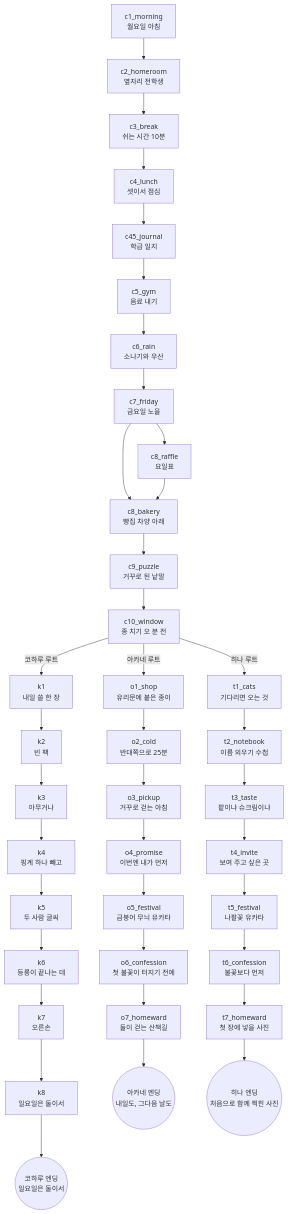
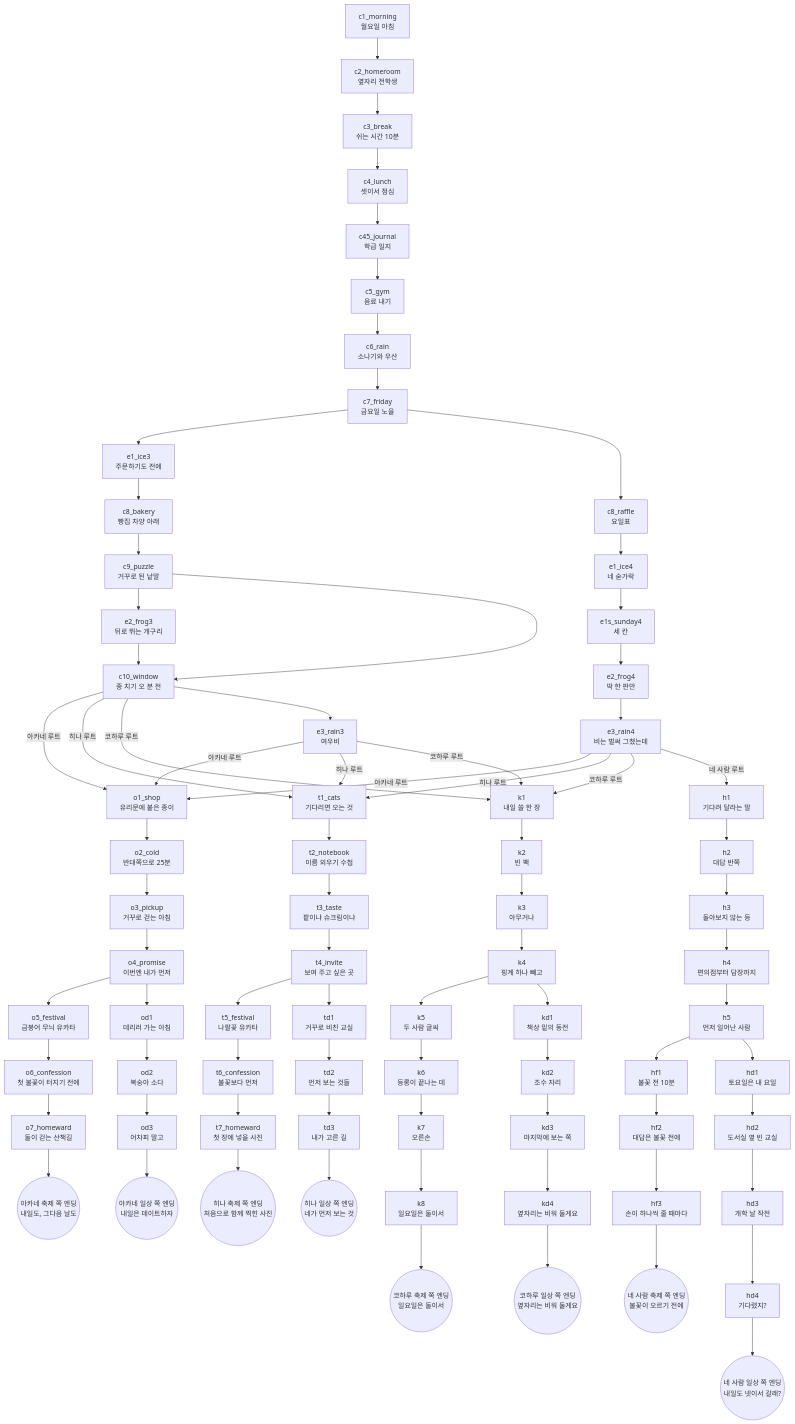
The diagram in docs/SCRIPT.md (dlehdrjs00/2), drawn with Mermaid before and after one commit. The commit also changed other lines of this file and 7 other files, not shown here.

````diff
--- a/docs/SCRIPT.md
+++ b/docs/SCRIPT.md
@@ -25,9 +25,16 @@
   c6_rain["c6_rain<br/>소나기와 우산"]
   c7_friday["c7_friday<br/>금요일 노을"]
   c8_raffle["c8_raffle<br/>요일표"]
+  e1_ice4["e1_ice4<br/>네 숟가락"]
+  e1_ice3["e1_ice3<br/>주문하기도 전에"]
   c8_bakery["c8_bakery<br/>빵집 차양 아래"]
+  e1s_sunday4["e1s_sunday4<br/>세 칸"]
   c9_puzzle["c9_puzzle<br/>거꾸로 된 낱말"]
+  e2_frog4["e2_frog4<br/>딱 한 판만"]
+  e2_frog3["e2_frog3<br/>뒤로 뛰는 개구리"]
   c10_window["c10_window<br/>종 치기 오 분 전"]
+  e3_rain4["e3_rain4<br/>비는 벌써 그쳤는데"]
+  e3_rain3["e3_rain3<br/>여우비"]
   o1_shop["o1_shop<br/>유리문에 붙은 종이"]
   o2_cold["o2_cold<br/>반대쪽으로 25분"]
   o3_pickup["o3_pickup<br/>거꾸로 걷는 아침"]
@@ -35,6 +42,9 @@
   o5_festival["o5_festival<br/>금붕어 무늬 유카타"]
   o6_confession["o6_confession<br/>첫 불꽃이 터지기 전에"]
   o7_homeward["o7_homeward<br/>둘이 걷는 산책길"]
+  od1["od1<br/>데리러 가는 아침"]
+  od2["od2<br/>복숭아 소다"]
+  od3["od3<br/>어차피 말고"]
   t1_cats["t1_cats<br/>기다리면 오는 것"]
   t2_notebook["t2_notebook<br/>이름 외우기 수첩"]
   t3_taste["t3_taste<br/>팥이냐 슈크림이냐"]
@@ -42,6 +52,9 @@
   t5_festival["t5_festival<br/>나팔꽃 유카타"]
   t6_confession["t6_confession<br/>불꽃보다 먼저"]
   t7_homeward["t7_homeward<br/>첫 장에 넣을 사진"]
+  td1["td1<br/>거꾸로 비친 교실"]
+  td2["td2<br/>먼저 보는 것들"]
+  td3["td3<br/>내가 고른 길"]
   k1["k1<br/>내일 쓸 한 장"]
   k2["k2<br/>빈 팩"]
   k3["k3<br/>아무거나"]
@@ -50,6 +63,22 @@
   k6["k6<br/>등롱이 끝나는 데"]
   k7["k7<br/>오른손"]
   k8["k8<br/>일요일은 둘이서"]
+  kd1["kd1<br/>책상 밑의 동전"]
+  kd2["kd2<br/>조수 자리"]
+  kd3["kd3<br/>마지막에 보는 쪽"]
+  kd4["kd4<br/>옆자리는 비워 둘게요"]
+  h1["h1<br/>기다려 달라는 말"]
+  h2["h2<br/>대답 반쪽"]
+  h3["h3<br/>돌아보지 않는 등"]
+  h4["h4<br/>편의점부터 담장까지"]
+  h5["h5<br/>먼저 일어난 사람"]
+  hf1["hf1<br/>불꽃 전 10분"]
+  hf2["hf2<br/>대답은 불꽃 전에"]
+  hf3["hf3<br/>손이 하나씩 줄 때마다"]
+  hd1["hd1<br/>토요일은 내 요일"]
+  hd2["hd2<br/>도서실 옆 빈 교실"]
+  hd3["hd3<br/>개학 날 작전"]
+  hd4["hd4<br/>기다렸지?"]
   c1_morning --> c2_homeroom
   c2_homeroom --> c3_break
   c3_break --> c4_lunch
@@ -57,34 +86,74 @@
   c45_journal --> c5_gym
   c5_gym --> c6_rain
   c6_rain --> c7_friday
-  c7_friday --> c8_bakery
+  c7_friday --> e1_ice3
   c7_friday --> c8_raffle
-  c8_raffle --> c8_bakery
+  c8_raffle --> e1_ice4
+  e1_ice4 --> e1s_sunday4
+  e1_ice3 --> c8_bakery
   c8_bakery --> c9_puzzle
+  e1s_sunday4 --> e2_frog4
+  c9_puzzle --> e2_frog3
   c9_puzzle --> c10_window
+  e2_frog4 --> e3_rain4
+  e2_frog3 --> c10_window
   c10_window -->|"아카네 루트"| o1_shop
   c10_window -->|"히나 루트"| t1_cats
   c10_window -->|"코하루 루트"| k1
+  c10_window --> e3_rain3
+  e3_rain4 -->|"아카네 루트"| o1_shop
+  e3_rain4 -->|"히나 루트"| t1_cats
+  e3_rain4 -->|"코하루 루트"| k1
+  e3_rain4 -->|"네 사람 루트"| h1
+  e3_rain3 -->|"아카네 루트"| o1_shop
+  e3_rain3 -->|"히나 루트"| t1_cats
+  e3_rain3 -->|"코하루 루트"| k1
   o1_shop --> o2_cold
   o2_cold --> o3_pickup
   o3_pickup --> o4_promise
   o4_promise --> o5_festival
+  o4_promise --> od1
   o5_festival --> o6_confession
   o6_confession --> o7_homeward
-  o7_homeward --> END_osana(("아카네 엔딩<br/>내일도, 그다음 날도"))
+  o7_homeward --> END_osana(("아카네 축제 쪽 엔딩<br/>내일도, 그다음 날도"))
+  od1 --> od2
+  od2 --> od3
+  od3 --> END_osana_daily(("아카네 일상 쪽 엔딩<br/>내일은 데이트하자"))
   t1_cats --> t2_notebook
   t2_notebook --> t3_taste
   t3_taste --> t4_invite
   t4_invite --> t5_festival
+  t4_invite --> td1
   t5_festival --> t6_confession
   t6_confession --> t7_homeward
-  t7_homeward --> END_tenko(("히나 엔딩<br/>처음으로 함께 찍힌 사진"))
+  t7_homeward --> END_tenko(("히나 축제 쪽 엔딩<br/>처음으로 함께 찍힌 사진"))
+  td1 --> td2
+  td2 --> td3
+  td3 --> END_tenko_daily(("히나 일상 쪽 엔딩<br/>네가 먼저 보는 것"))
   k1 --> k2
   k2 --> k3
   k3 --> k4
   k4 --> k5
+  k4 --> kd1
   k5 --> k6
   k6 --> k7
   k7 --> k8
-  k8 --> END_koharu(("코하루 엔딩<br/>일요일은 둘이서"))
+  k8 --> END_koharu(("코하루 축제 쪽 엔딩<br/>일요일은 둘이서"))
+  kd1 --> kd2
+  kd2 --> kd3
+  kd3 --> kd4
+  kd4 --> END_koharu_daily(("코하루 일상 쪽 엔딩<br/>옆자리는 비워 둘게요"))
+  h1 --> h2
+  h2 --> h3
+  h3 --> h4
+  h4 --> h5
+  h5 --> hf1
+  h5 --> hd1
+  hf1 --> hf2
+  hf2 --> hf3
+  hf3 --> END_group_festival(("네 사람 축제 쪽 엔딩<br/>불꽃이 오르기 전에"))
+  hd1 --> hd2
+  hd2 --> hd3
+  hd3 --> hd4
+  hd4 --> END_group_daily(("네 사람 일상 쪽 엔딩<br/>내일도 넷이서 갈래?"))
 ```
````
